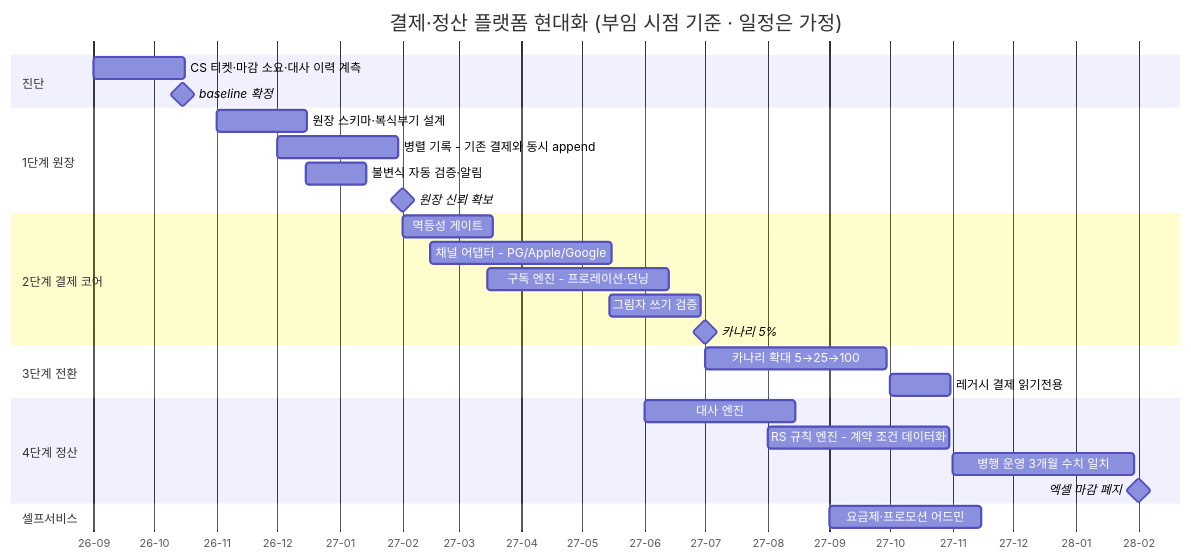
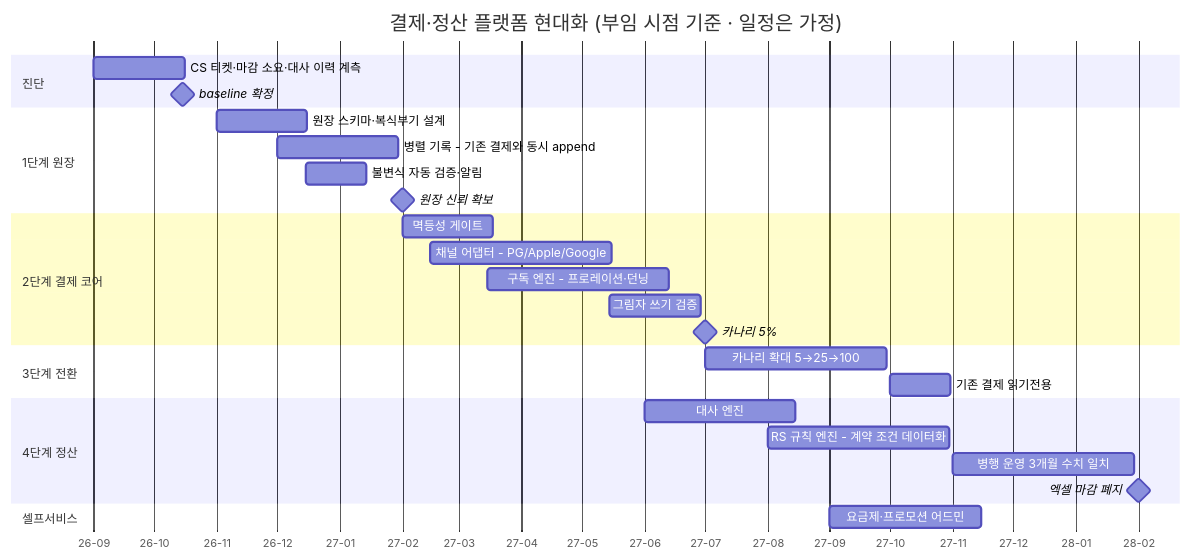
One commit to withwooyong/withwooyong.github.io changed diagram 16 of 17 in pages/product-lead-loadmap/02_결제정산.md. Above: the diagram before and after it, drawn with Mermaid. The commit also changed other lines of this file and 16 other files, not shown here.

````diff
--- a/pages/product-lead-loadmap/02_결제정산.md
+++ b/pages/product-lead-loadmap/02_결제정산.md
@@ -1163,36 +1178,36 @@
 ```mermaid
 gantt
     title 결제·정산 플랫폼 현대화 (부임 시점 기준 · 일정은 가정)
     dateFormat YYYY-MM-DD
     axisFormat %y-%m
 
     section 진단
     CS 티켓·마감 소요·대사 이력 계측    :d1, 2026-09-01, 45d
     baseline 확정                       :milestone, m1, 2026-10-15, 0d
 
     section 1단계 원장
     원장 스키마·복식부기 설계           :l1, 2026-11-01, 45d
     병렬 기록 - 기존 결제와 동시 append :l2, 2026-12-01, 60d
     불변식 자동 검증·알림               :l3, 2026-12-15, 30d
     원장 신뢰 확보                      :milestone, m2, 2027-02-01, 0d
 
     section 2단계 결제 코어
     멱등성 게이트                       :p1, 2027-02-01, 45d
     채널 어댑터 - PG/Apple/Google       :p2, 2027-02-15, 90d
     구독 엔진 - 프로레이션·던닝         :p3, 2027-03-15, 90d
     그림자 쓰기 검증                    :p4, 2027-05-15, 45d
     카나리 5%                           :milestone, m3, 2027-07-01, 0d
 
     section 3단계 전환
     카나리 확대 5→25→100               :c1, 2027-07-01, 90d
-    레거시 결제 읽기전용                :c2, 2027-10-01, 30d
+    기존 결제 읽기전용                  :c2, 2027-10-01, 30d
 
     section 4단계 정산
     대사 엔진                           :s1, 2027-06-01, 75d
     RS 규칙 엔진 - 계약 조건 데이터화   :s2, 2027-08-01, 90d
     병행 운영 3개월 수치 일치           :s3, 2027-11-01, 90d
     엑셀 마감 폐지                      :milestone, m4, 2028-02-01, 0d
 
     section 셀프서비스
     요금제·프로모션 어드민              :f1, 2027-09-01, 75d
 ```
````
